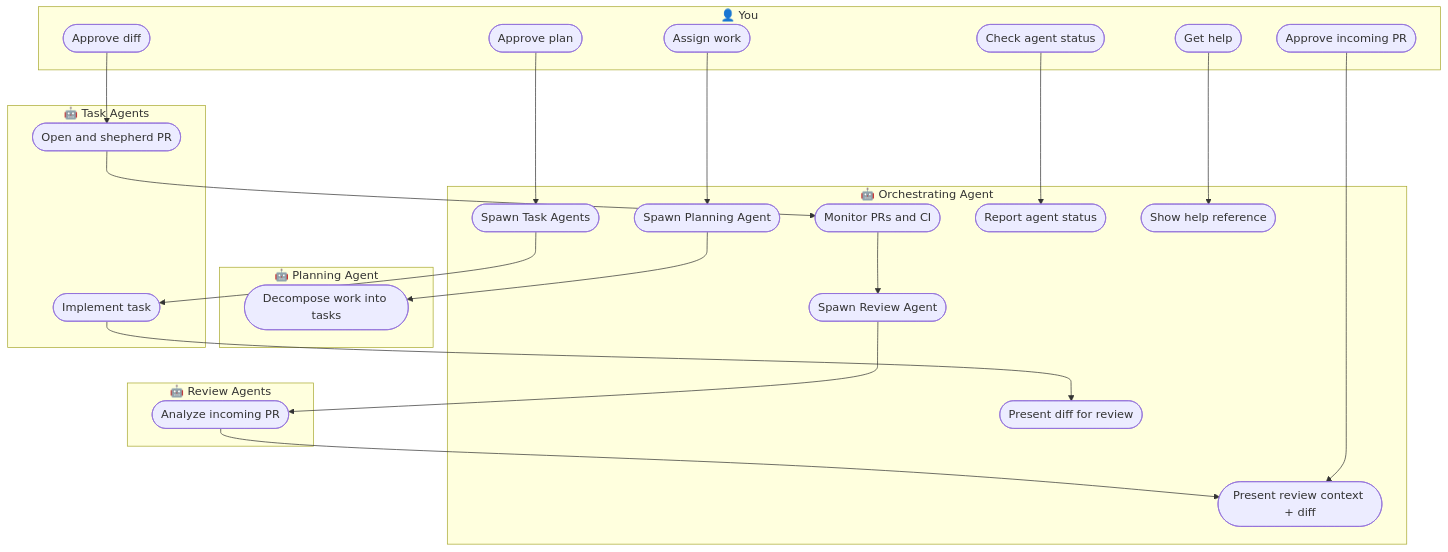
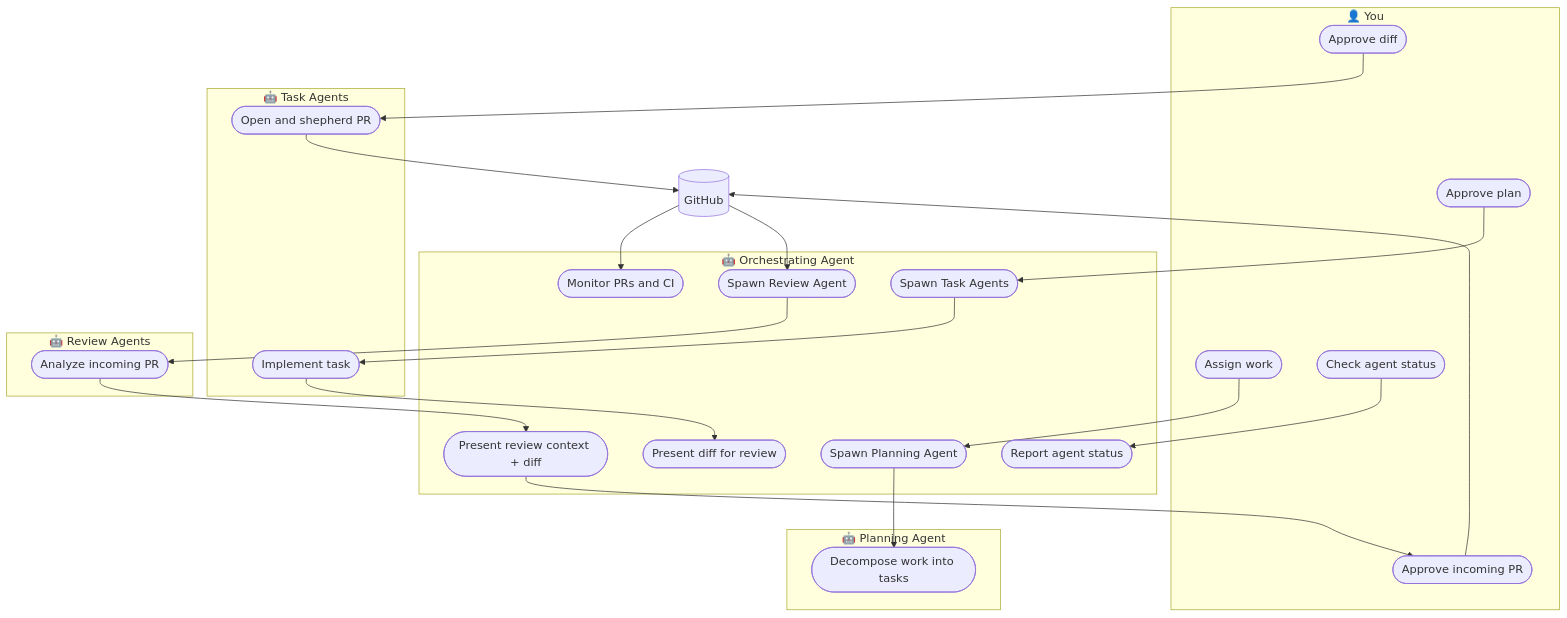
One commit to evanisnor/agent-workflow changed the diagram in README.md. Above: the diagram before and after it, drawn with Mermaid.

Commit message:
Add GitHub actor to orchestration diagram

````diff
--- a/README.md
+++ b/README.md
@@ -15,49 +15,50 @@
 ```mermaid
 graph TD
     subgraph you ["👤 You"]
         uc_assign(["Assign work"])
         uc_approve_plan(["Approve plan"])
         uc_approve_diff(["Approve diff"])
         uc_approve_review(["Approve incoming PR"])
         uc_status(["Check agent status"])
-        uc_help(["Get help"])
     end
 
     subgraph oa ["🤖 Orchestrating Agent"]
         uc_spawn_pa(["Spawn Planning Agent"])
         uc_spawn_ta(["Spawn Task Agents"])
         uc_spawn_ra(["Spawn Review Agent"])
         uc_present(["Present diff for review"])
         uc_present_review(["Present review context + diff"])
         uc_monitor(["Monitor PRs and CI"])
         uc_show_status(["Report agent status"])
-        uc_show_help(["Show help reference"])
     end
 
     subgraph pa ["🤖 Planning Agent"]
         uc_plan(["Decompose work into tasks"])
     end
 
     subgraph ta ["🤖 Task Agents"]
         uc_implement(["Implement task"])
         uc_pr(["Open and shepherd PR"])
     end
 
     subgraph ra ["🤖 Review Agents"]
         uc_analyze(["Analyze incoming PR"])
     end
 
+    github[("GitHub")]
+
     uc_assign --> uc_spawn_pa
     uc_spawn_pa --> uc_plan
     uc_approve_plan --> uc_spawn_ta
     uc_spawn_ta --> uc_implement
     uc_implement --> uc_present
     uc_approve_diff --> uc_pr
-    uc_pr --> uc_monitor
-    uc_monitor --> uc_spawn_ra
+    uc_pr --> github
+    github --> uc_monitor
+    github --> uc_spawn_ra
     uc_spawn_ra --> uc_analyze
     uc_analyze --> uc_present_review
-    uc_approve_review --> uc_present_review
+    uc_present_review --> uc_approve_review
+    uc_approve_review --> github
     uc_status --> uc_show_status
-    uc_help --> uc_show_help
 ```
````
